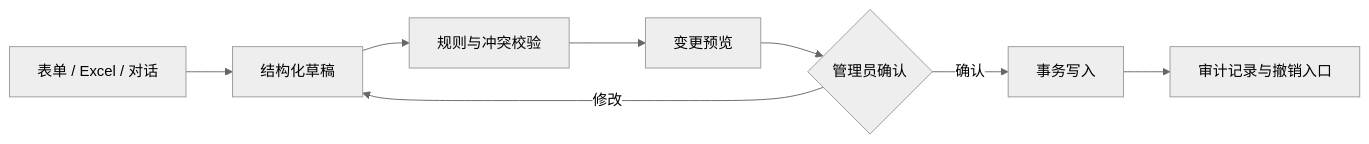
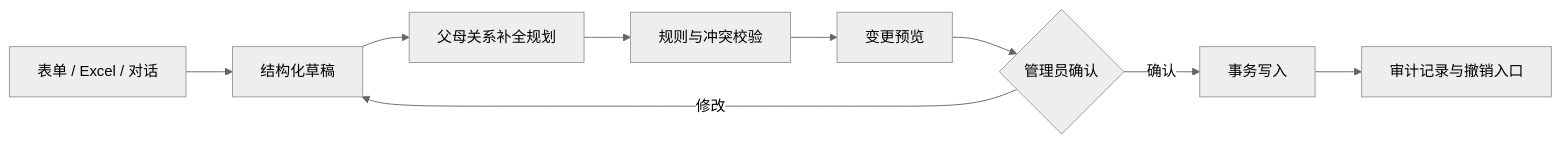
The second of 2 diagrams in docs/superpowers/specs/2026-10-01-family-agent-web-mvp-design.md (xingxingxing9527/family-tree-agent), drawn with Mermaid (neutral theme) before and after one commit. The commit also changed other lines of this file and 1 other file, not shown here.

````diff
--- a/docs/superpowers/specs/2026-10-01-family-agent-web-mvp-design.md
+++ b/docs/superpowers/specs/2026-10-01-family-agent-web-mvp-design.md
@@ -158,10 +159,11 @@
 ```mermaid
 flowchart LR
     Input[表单 / Excel / 对话] --> Draft[结构化草稿]
-    Draft --> Validate[规则与冲突校验]
+    Draft --> Complete[父母关系补全规划]
+    Complete --> Validate[规则与冲突校验]
     Validate --> Preview[变更预览]
     Preview --> Confirm{管理员确认}
     Confirm -->|确认| Commit[事务写入]
     Confirm -->|修改| Draft
     Commit --> Audit[审计记录与撤销入口]
 ```
````
